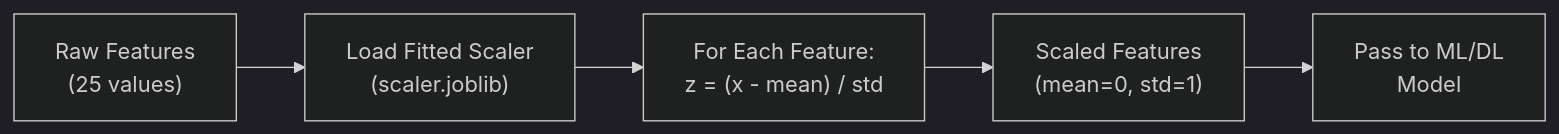
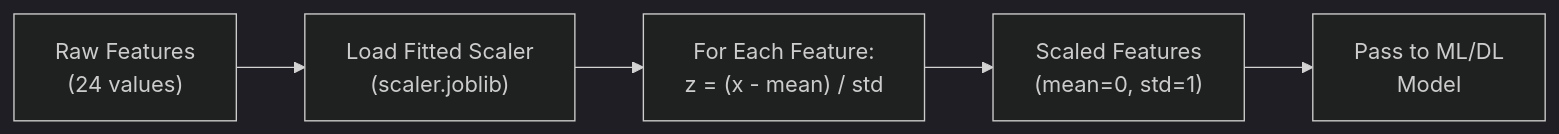
Before and after one commit to vrroshni/student-analyser: the sixth of 7 diagrams in diagram/05_algorithms_used.md, drawn with Mermaid (dark theme). The commit also changed other lines of this file and 53 other files, not shown here.

````diff
--- a/diagram/05_algorithms_used.md
+++ b/diagram/05_algorithms_used.md
@@ -191,7 +191,7 @@
 ```mermaid
 flowchart LR
-    A["Raw Features\n(25 values)"] --> B["Load Fitted Scaler\n(scaler.joblib)"]
+    A["Raw Features\n(24 values)"] --> B["Load Fitted Scaler\n(scaler.joblib)"]
     B --> C["For Each Feature:\nz = (x - mean) / std"]
     C --> D["Scaled Features\n(mean=0, std=1)"]
     D --> E["Pass to ML/DL\nModel"]
 ```
````
